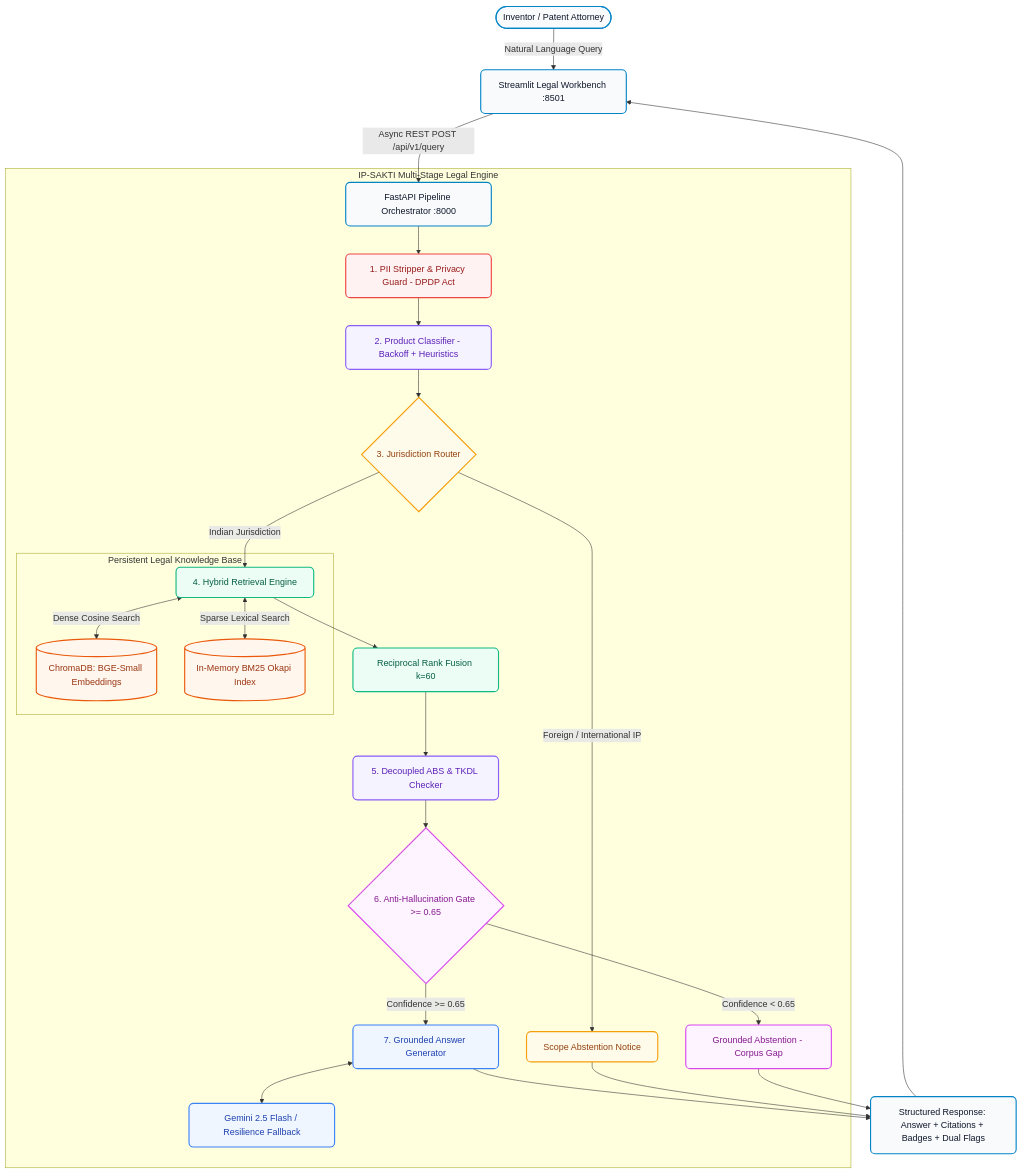
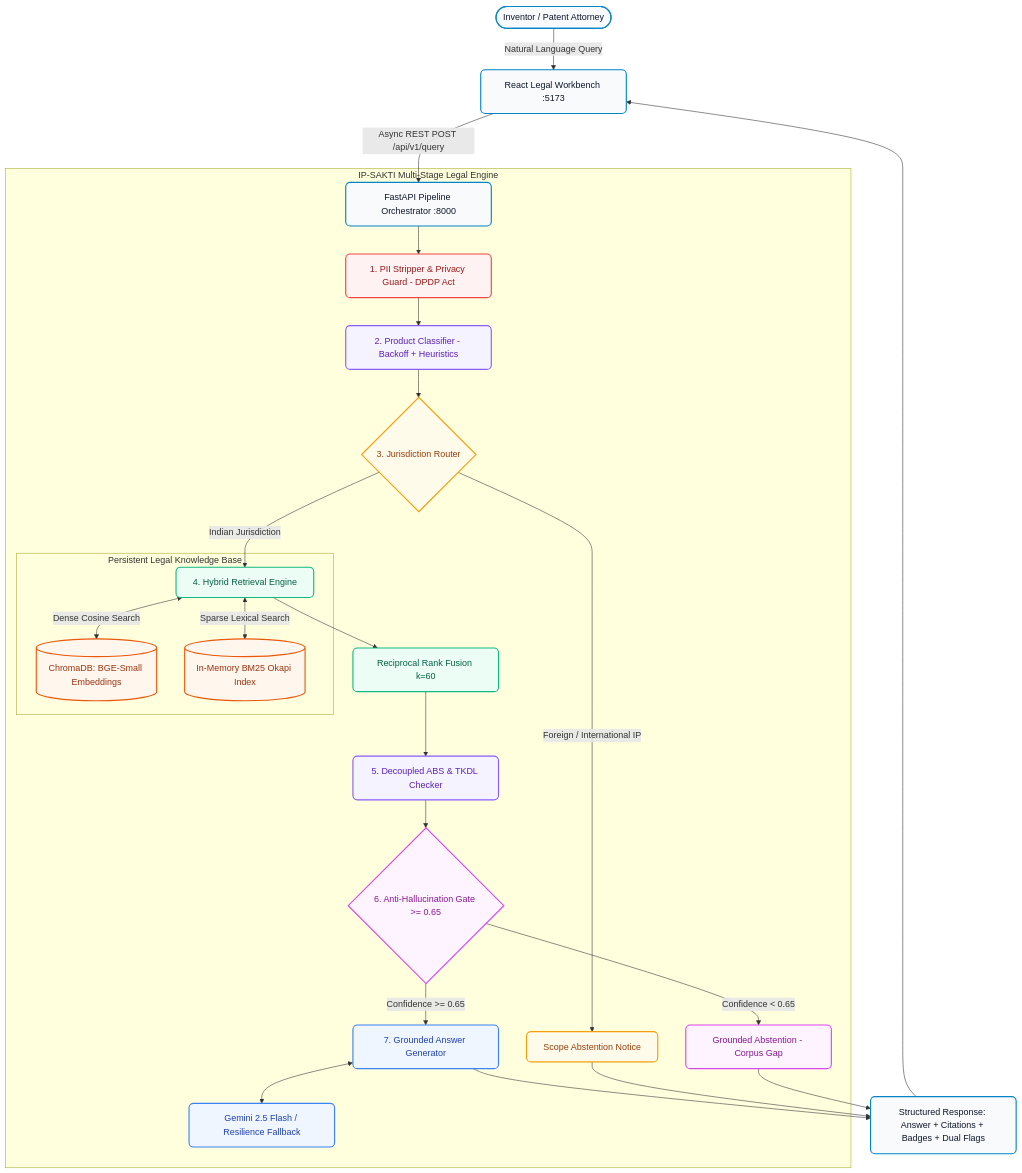
The diagram in README.md (HemantKumar822/ip-sakti-sahayak), drawn with Mermaid before and after one commit. The commit also changed other lines of this file and 46 other files, not shown here.

First line of the commit message:
feat(web): migrate frontend from Streamlit to React + Vite workbench

````diff
--- a/README.md
+++ b/README.md
@@ -55,41 +56,41 @@
 ```mermaid
 graph TD
     classDef client fill:#f8fafc,stroke:#0284c7,stroke-width:2px,color:#0f172a,rx:8px;
     classDef security fill:#fef2f2,stroke:#ef4444,stroke-width:2px,color:#991b1b,rx:8px;
     classDef classifier fill:#f5f3ff,stroke:#8b5cf6,stroke-width:2px,color:#5b21b6,rx:8px;
     classDef router fill:#fffbeb,stroke:#f59e0b,stroke-width:2px,color:#92400e,rx:8px;
     classDef search fill:#ecfdf5,stroke:#10b981,stroke-width:2px,color:#065f46,rx:8px;
     classDef storage fill:#fff7ed,stroke:#ea580c,stroke-width:2px,color:#9a3412,rx:8px;
     classDef gate fill:#fdf4ff,stroke:#d946ef,stroke-width:2px,color:#86198f,rx:8px;
     classDef generator fill:#eff6ff,stroke:#3b82f6,stroke-width:2px,color:#1e40af,rx:8px;
 
-    User([Inventor / Patent Attorney]):::client -->|Natural Language Query| Workbench[Streamlit Legal Workbench :8501]:::client
+    User([Inventor / Patent Attorney]):::client -->|Natural Language Query| Workbench[React Legal Workbench :5173]:::client
     Workbench -->|Async REST POST /api/v1/query| API[FastAPI Pipeline Orchestrator :8000]:::client
 
     subgraph Pipeline [IP-SAKTI Multi-Stage Legal Engine]
         API --> Step1[1. PII Stripper & Privacy Guard - DPDP Act]:::security
         Step1 --> Step2[2. Product Classifier - Backoff + Heuristics]:::classifier
         
         Step2 --> Step3{3. Jurisdiction Router}:::router
         Step3 -->|Foreign / International IP| AbstainForeign[Scope Abstention Notice]:::router
         Step3 -->|Indian Jurisdiction| Step4[4. Hybrid Retrieval Engine]:::search
 
         subgraph Storage [Persistent Legal Knowledge Base]
             Step4 <-->|Dense Cosine Search| Chroma[(ChromaDB: BGE-Small Embeddings)]:::storage
             Step4 <-->|Sparse Lexical Search| BM25[(In-Memory BM25 Okapi Index)]:::storage
         end
 
         Step4 --> Fusion[Reciprocal Rank Fusion k=60]:::search
         Fusion --> Step5[5. Decoupled ABS & TKDL Checker]:::classifier
         Step5 --> Step6{6. Anti-Hallucination Gate >= 0.65}:::gate
 
         Step6 -->|Confidence < 0.65| AbstainLow[Grounded Abstention - Corpus Gap]:::gate
         Step6 -->|Confidence >= 0.65| Step7[7. Grounded Answer Generator]:::generator
         Step7 <--> LLM[Gemini 2.5 Flash / Resilience Fallback]:::generator
     end
 
     Step7 --> Response[Structured Response: Answer + Citations + Badges + Dual Flags]:::client
     AbstainForeign --> Response
     AbstainLow --> Response
     Response --> Workbench
 ```
````
